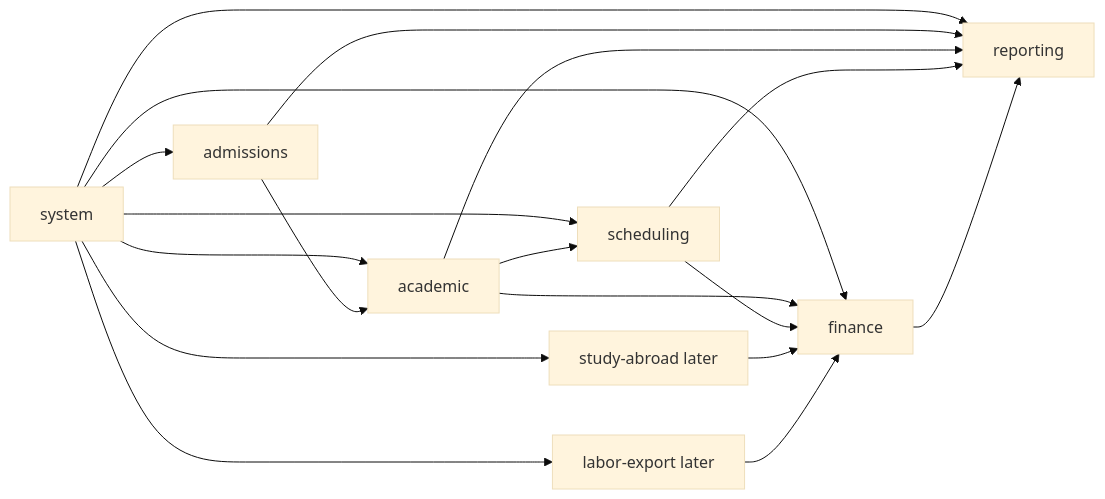
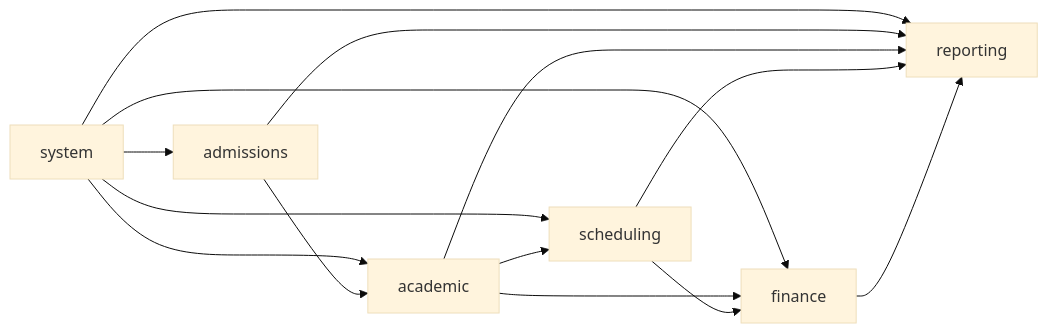
One commit to vanhung4499/edtech-saas changed the diagram in docs/technical/02-module-boundaries.md. Above: the diagram before and after it, drawn with Mermaid (base theme). The commit also changed other lines of this file and 34 other files, not shown here.

````diff
--- a/docs/technical/02-module-boundaries.md
+++ b/docs/technical/02-module-boundaries.md
@@ -18,32 +12,25 @@
 ```mermaid
 flowchart LR
     SYS[system]
     ADM[admissions]
     ACD[academic]
     SCH[scheduling]
     FIN[finance]
     REP[reporting]
-    SA[study-abroad later]
-    LE[labor-export later]
 
     SYS --> ADM
     SYS --> ACD
     SYS --> SCH
     SYS --> FIN
     SYS --> REP
-    SYS --> SA
-    SYS --> LE
 
     ADM --> ACD
     ACD --> SCH
     ACD --> FIN
     SCH --> FIN
 
     ADM --> REP
     ACD --> REP
     SCH --> REP
     FIN --> REP
-
-    SA --> FIN
-    LE --> FIN
 ```
````
